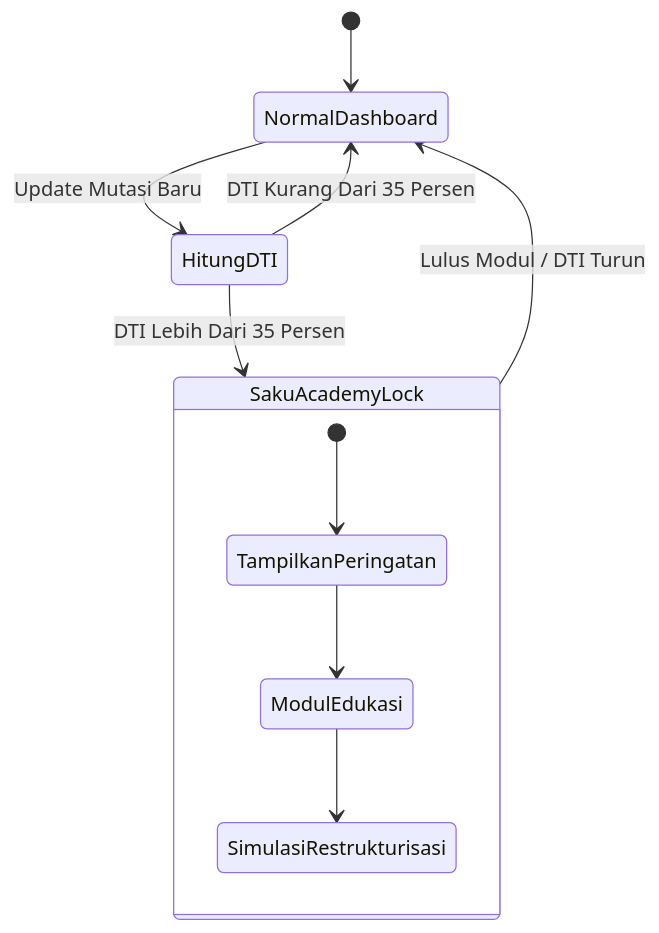
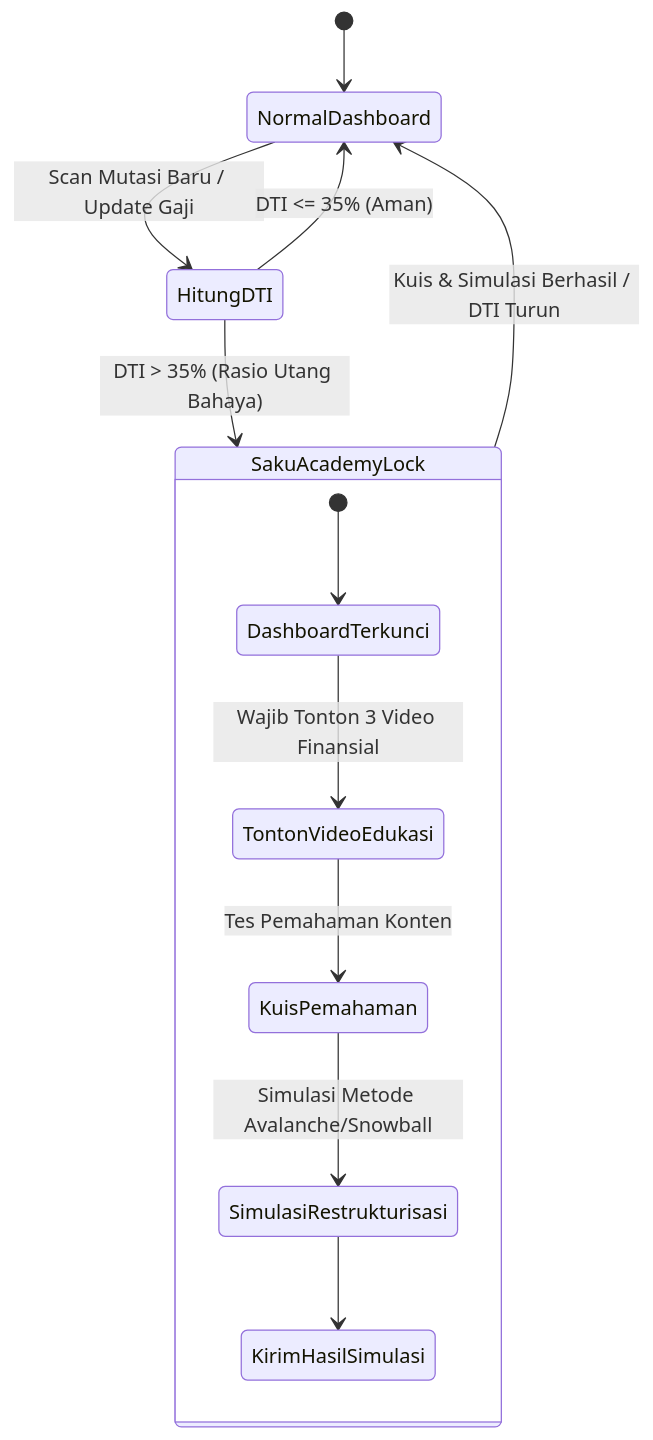
The fourth of 16 diagrams in README.md (kazanaruishere-max/SafeWallet), drawn with Mermaid before and after one commit. The commit also changed other lines of this file, not shown here.

Commit message:
docs: expand README.md with detailed high-level architecture and comprehensive Mermaid workflows for all 6 features

````diff
--- a/README.md
+++ b/README.md
@@ -134,15 +146,17 @@
 ```mermaid
 stateDiagram-v2
     [*] --> NormalDashboard
-    NormalDashboard --> HitungDTI: Update Mutasi Baru
-    HitungDTI --> SakuAcademyLock: DTI Lebih Dari 35 Persen
-    HitungDTI --> NormalDashboard: DTI Kurang Dari 35 Persen
+    NormalDashboard --> HitungDTI: Scan Mutasi Baru / Update Gaji
+    HitungDTI --> SakuAcademyLock: DTI > 35% (Rasio Utang Bahaya)
+    HitungDTI --> NormalDashboard: DTI <= 35% (Aman)
     
     state SakuAcademyLock {
-        [*] --> TampilkanPeringatan
-        TampilkanPeringatan --> ModulEdukasi
-        ModulEdukasi --> SimulasiRestrukturisasi
+        [*] --> DashboardTerkunci
+        DashboardTerkunci --> TontonVideoEdukasi: Wajib Tonton 3 Video Finansial
+        TontonVideoEdukasi --> KuisPemahaman: Tes Pemahaman Konten
+        KuisPemahaman --> SimulasiRestrukturisasi: Simulasi Metode Avalanche/Snowball
+        SimulasiRestrukturisasi --> KirimHasilSimulasi
     }
     
-    SakuAcademyLock --> NormalDashboard: Lulus Modul / DTI Turun
+    SakuAcademyLock --> NormalDashboard: Kuis & Simulasi Berhasil / DTI Turun
 ```
````
